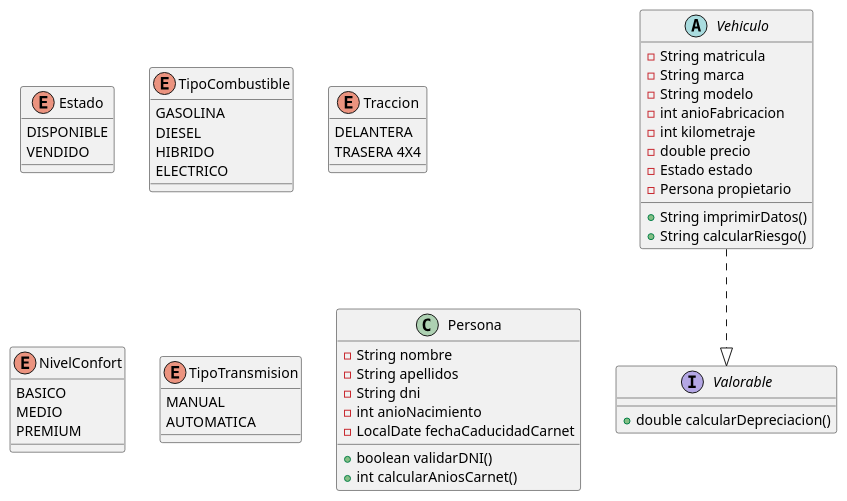
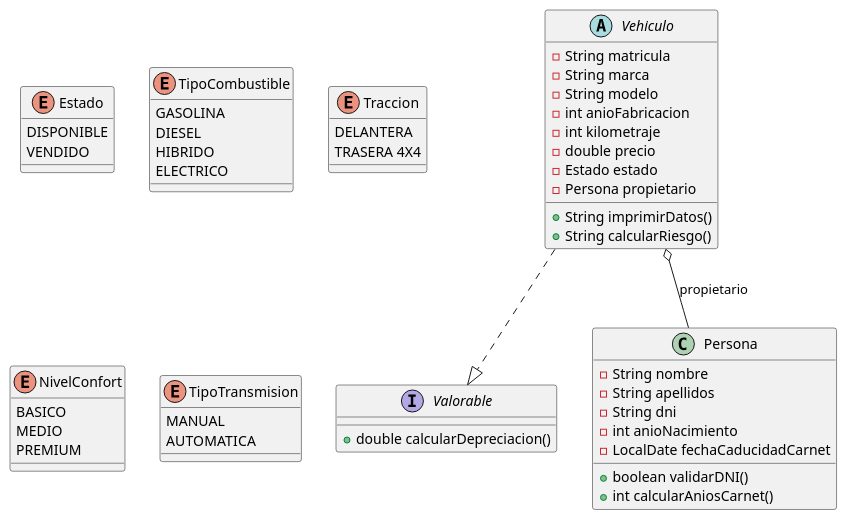
One commit to R-MEduca/UT5_ED_Prog changed the diagram in uml/diagrama_clases.puml. Above: the diagram before and after it, drawn with PlantUML. The commit also changed 1 other file, not shown here.

Commit message:
He relacionado Vhiculo y Persona

```diff
--- a/uml/diagrama_clases.puml
+++ b/uml/diagrama_clases.puml
@@ -1,67 +1,70 @@
 @startuml
 
 ' === Enumeraciones ===
 enum Estado {
 DISPONIBLE
 VENDIDO
 }
 
 enum TipoCombustible {
 GASOLINA
 DIESEL
 HIBRIDO
 ELECTRICO
 }
 
 enum Traccion {
 DELANTERA
 TRASERA 4X4
 }
 
 enum NivelConfort{
 BASICO
 MEDIO
 PREMIUM
 }
 
 enum TipoTransmision{
 MANUAL
 AUTOMATICA
 }
 
 ' ===Interfaz===
 interface Valorable {
 +double calcularDepreciacion()
 }
 
 ' === Clase Persona ===
 class Persona {
   -String nombre
   -String apellidos
   -String dni
   -int anioNacimiento
   -LocalDate fechaCaducidadCarnet
 
   +boolean validarDNI()
   +int calcularAniosCarnet()
 }
 
 ' === Clase abstracta Vehiculo ===
 abstract class Vehiculo {
   -String matricula
   -String marca
   -String modelo
   -int anioFabricacion
   -int kilometraje
   -double precio
   -Estado estado
   -Persona propietario
 
   +String imprimirDatos()
   +String calcularRiesgo()
 }
 
 Vehiculo ..|> Valorable
 
+Vehiculo o-- Persona : propietario
+
+
 
 @enduml
```
